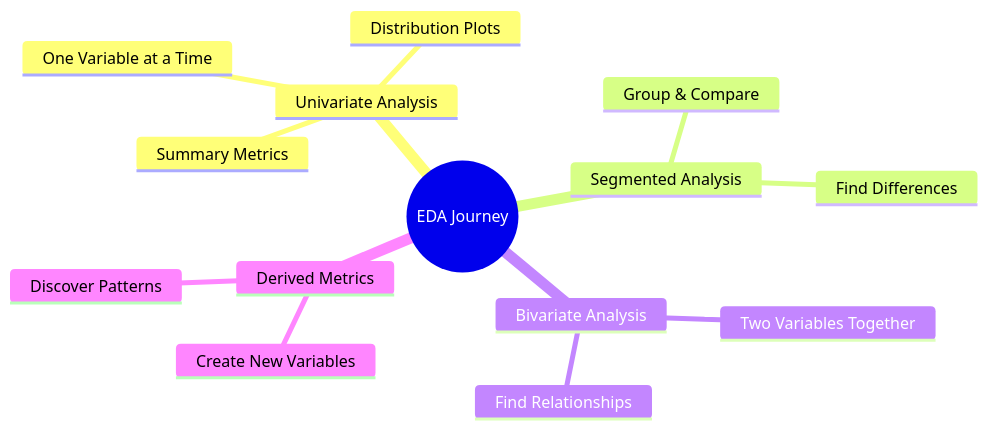
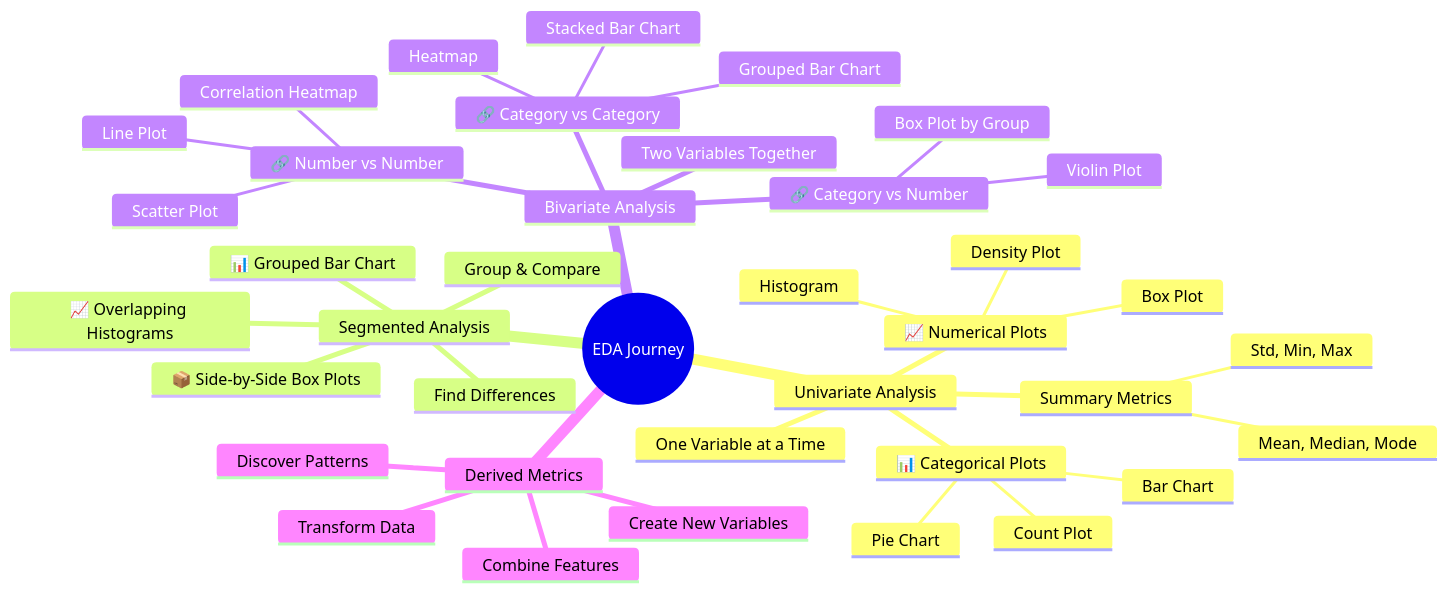
One commit to rilov/handbook changed the second of 16 diagrams in _topics/Chapter 1 - Introduction to Exploratory Data Analysis.md. Above: the diagram before and after it, drawn with Mermaid.

Commit message:
Enhance EDA Journey mindmap - add specific plot types for each analysis method

```diff
--- a/_topics/Chapter 1 - Introduction to Exploratory Data Analysis.md
+++ b/_topics/Chapter 1 - Introduction to Exploratory Data Analysis.md
@@ -43,17 +43,41 @@
 <div class="mermaid">
 mindmap
   root((EDA Journey))
     Univariate Analysis
       One Variable at a Time
-      Distribution Plots
+      📊 Categorical Plots
+        Bar Chart
+        Pie Chart
+        Count Plot
+      📈 Numerical Plots
+        Histogram
+        Box Plot
+        Density Plot
       Summary Metrics
+        Mean, Median, Mode
+        Std, Min, Max
     Segmented Analysis
       Group & Compare
+      📊 Grouped Bar Chart
+      📦 Side-by-Side Box Plots
+      📈 Overlapping Histograms
       Find Differences
     Bivariate Analysis
       Two Variables Together
-      Find Relationships
+      🔗 Number vs Number
+        Scatter Plot
+        Line Plot
+        Correlation Heatmap
+      🔗 Category vs Number
+        Box Plot by Group
+        Violin Plot
+      🔗 Category vs Category
+        Stacked Bar Chart
+        Grouped Bar Chart
+        Heatmap
     Derived Metrics
       Create New Variables
+      Combine Features
+      Transform Data
       Discover Patterns
 </div>
```
